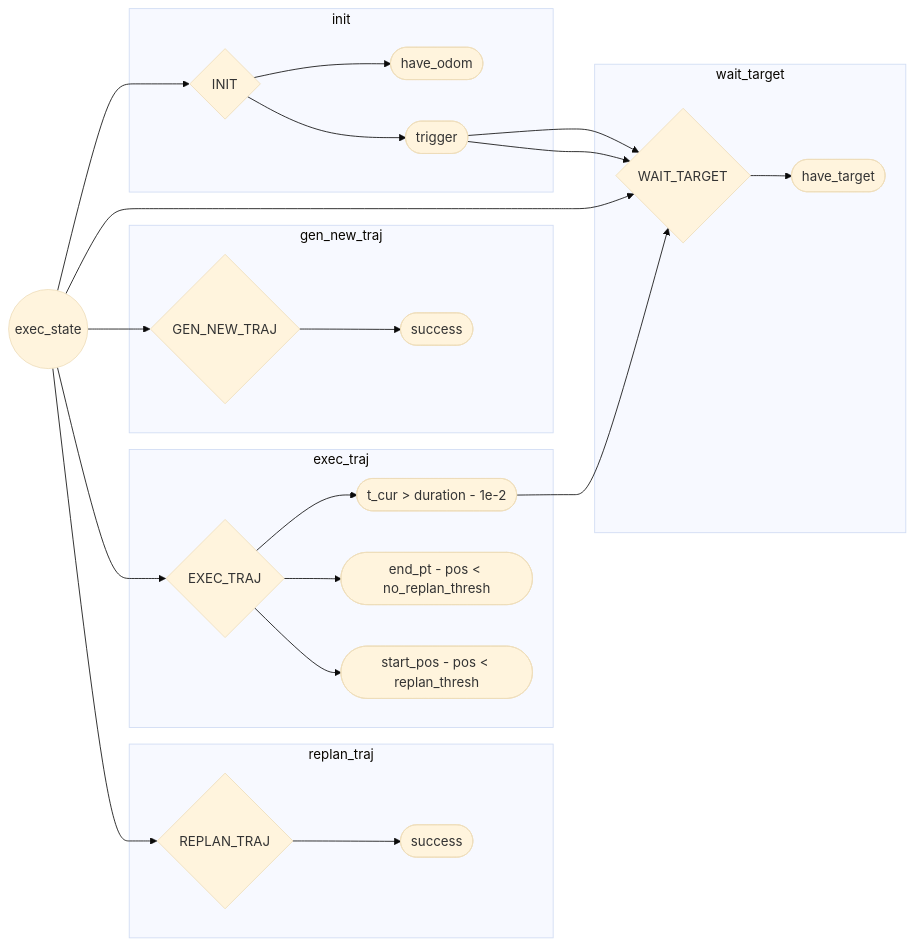
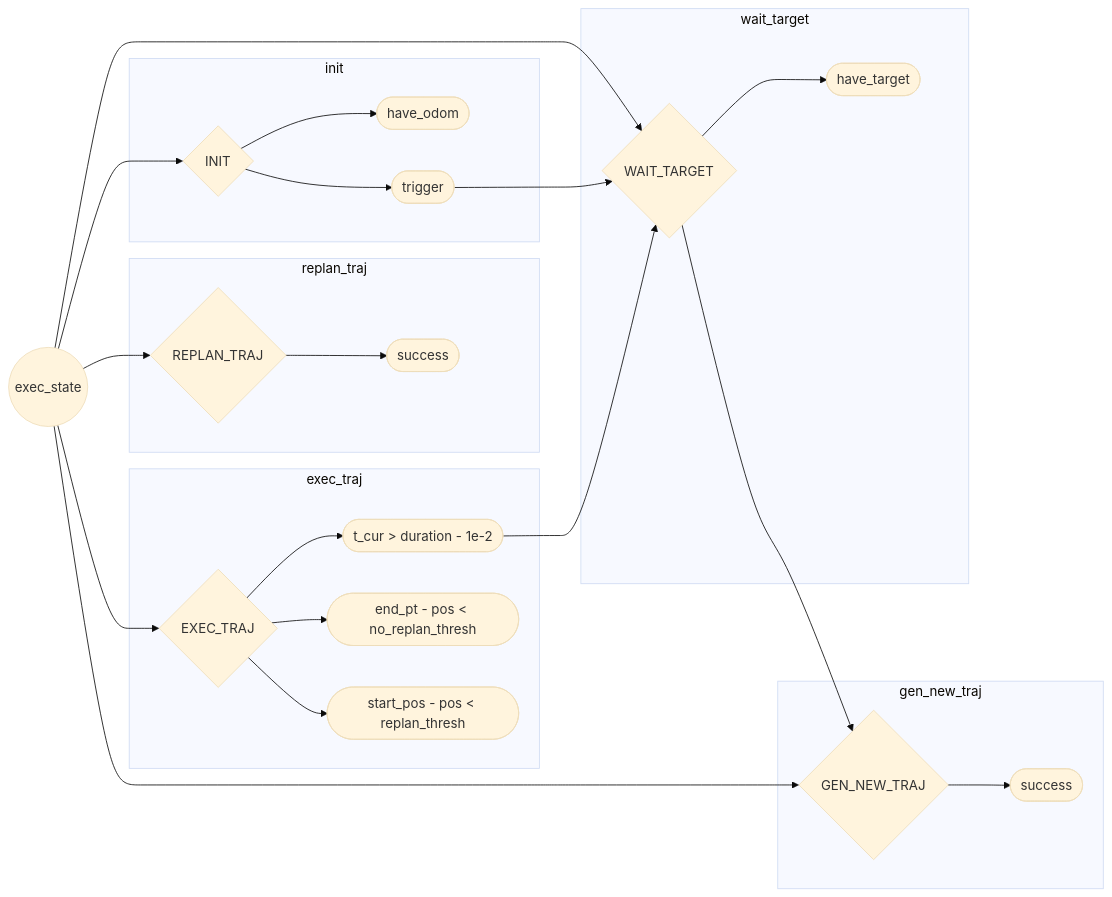
Before and after one commit to Dieptranivsr/drone_extend: the first of 2 diagrams in sp_code/create_table.md, drawn with Mermaid (base theme).

````diff
--- a/sp_code/create_table.md
+++ b/sp_code/create_table.md
@@ -1,29 +1,29 @@
 ```mermaid
 flowchart LR
     id1((exec_state)) --> id2{INIT}
     id1 --> id3{WAIT_TARGET}
     id1 --> id4{GEN_NEW_TRAJ}
     id1 --> id5{EXEC_TRAJ}
     id1 --> id6{REPLAN_TRAJ}
     subgraph replan_traj
         id6 --> id14([success])
     end
     subgraph exec_traj
         id5 --> id11([t_cur > duration - 1e-2])
         id5 --> id12([end_pt - pos < no_replan_thresh])
         id5 --> id13([start_pos - pos < replan_thresh])
     end
     subgraph gen_new_traj
         id4 --> id10([success])
     end
     subgraph wait_target
         id3 --> id9([have_target])
     end
     subgraph init
         id2 --> id7([have_odom])
         id2 --> id8([trigger])
     end
     id8 --> id3
     id11 --> id3
-    id8 --> id3
+    id3 --> id4
 ```
````
